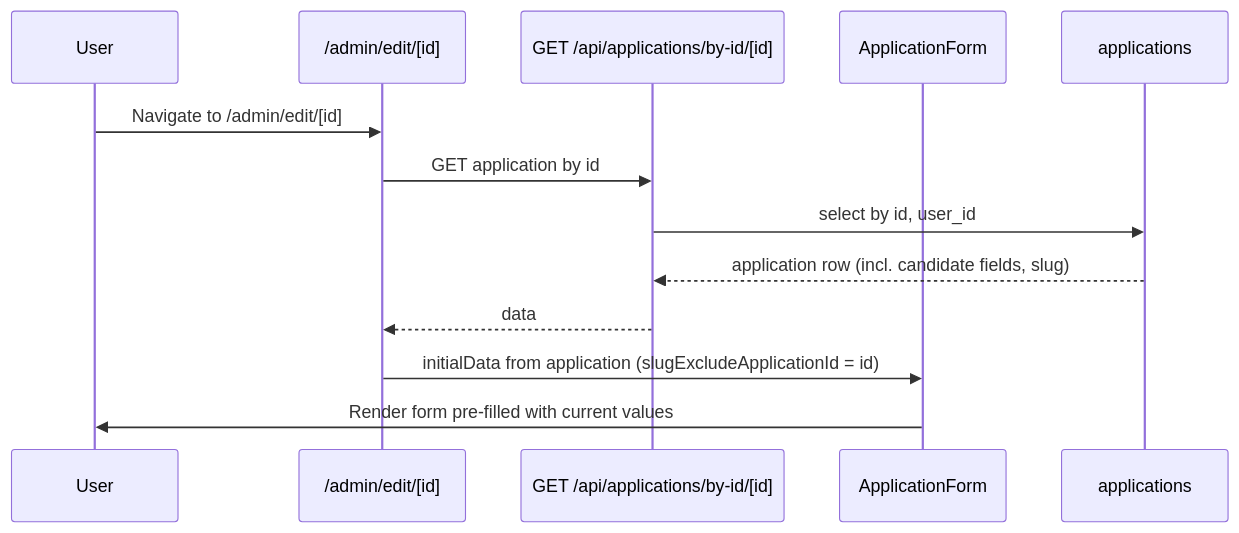
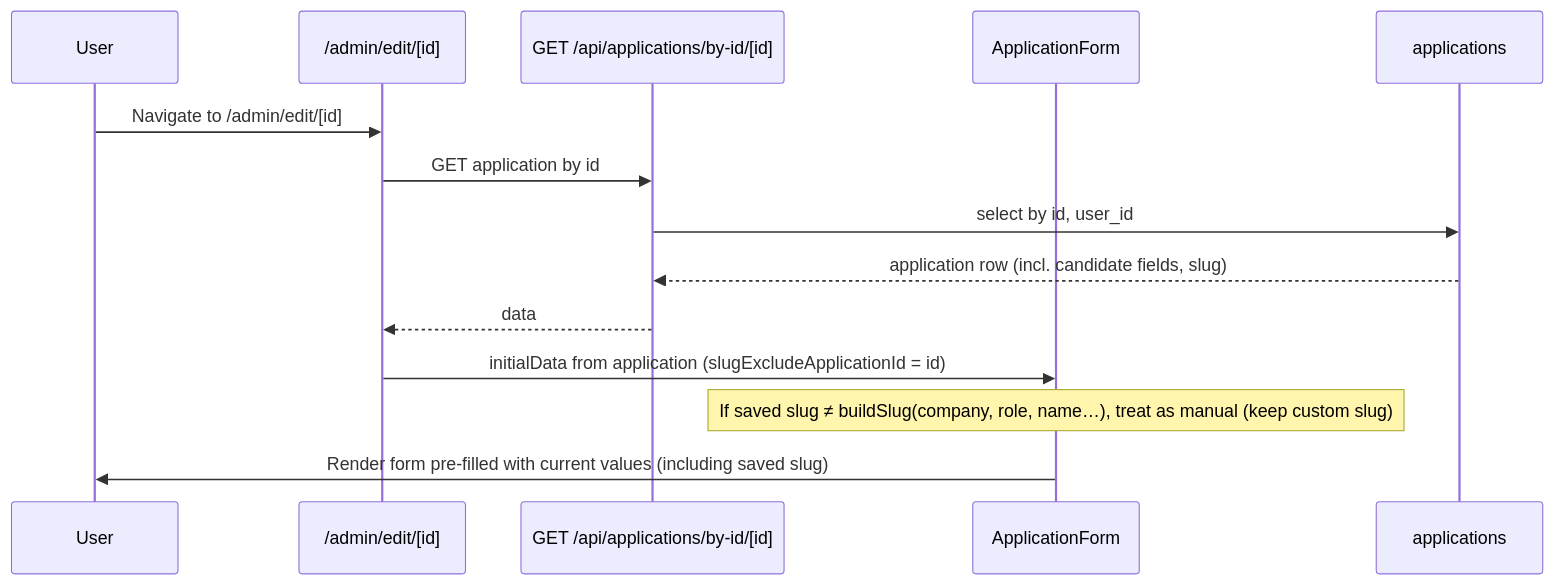
The tenth of 13 diagrams in docs/DATA_FLOW.md (joan-gerard/my-hire-view), drawn with Mermaid before and after one commit. The commit also changed other lines of this file and 8 other files, not shown here.

Commit message:
fix: preserve name in long slugs, keep custom edit slugs, and stop misleading auto-assign copy

````diff
--- a/docs/DATA_FLOW.md
+++ b/docs/DATA_FLOW.md
@@ -373,16 +366,17 @@
 ```mermaid
 sequenceDiagram
   participant U as User
   participant EditPage as /admin/edit/[id]
   participant ByIdAPI as GET /api/applications/by-id/[id]
   participant Form as ApplicationForm
   participant Applications as applications
 
   U->>EditPage: Navigate to /admin/edit/[id]
   EditPage->>ByIdAPI: GET application by id
   ByIdAPI->>Applications: select by id, user_id
   Applications-->>ByIdAPI: application row (incl. candidate fields, slug)
   ByIdAPI-->>EditPage: data
   EditPage->>Form: initialData from application (slugExcludeApplicationId = id)
-  Form->>U: Render form pre-filled with current values
+  Note over Form: If saved slug ≠ buildSlug(company, role, name…), treat as manual (keep custom slug)
+  Form->>U: Render form pre-filled with current values (including saved slug)
 ```
````
